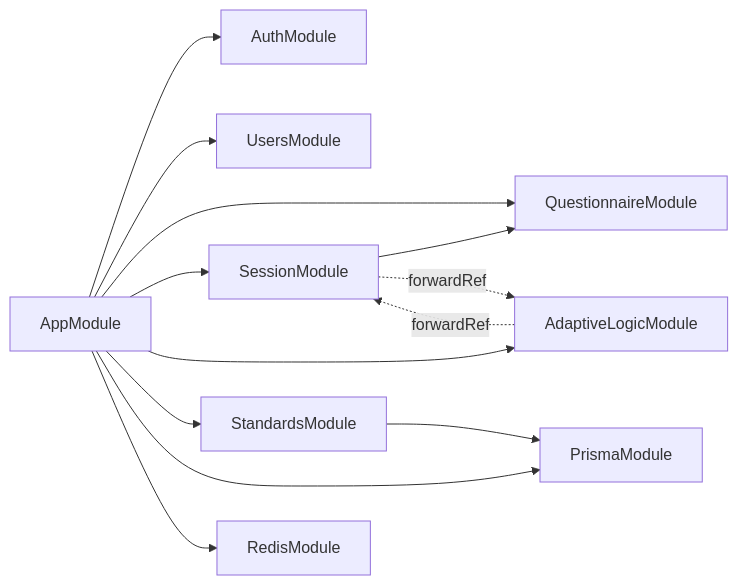
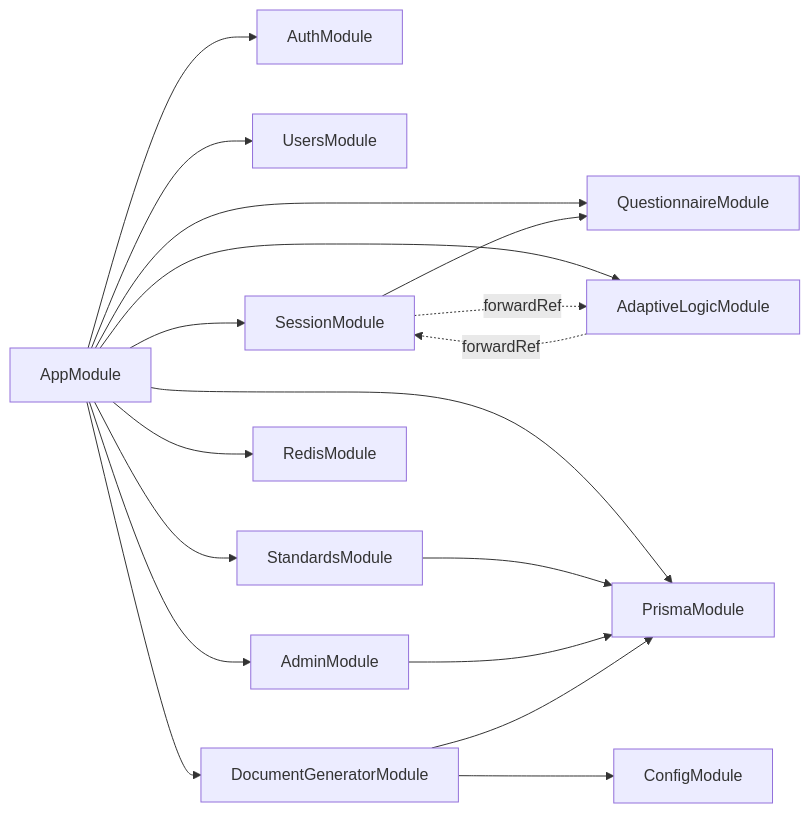
Before and after one commit to Avi-Bendetsky/Quiz-to-build: diagram 11 of 11 in .qoder/repowiki/en/content/Core Modules/Core Modules.md, drawn with Mermaid. The commit also changed other lines of this file and 41 other files, not shown here.

````diff
--- a/.qoder/repowiki/en/content/Core Modules/Core Modules.md
+++ b/.qoder/repowiki/en/content/Core Modules/Core Modules.md
@@ -385,15 +533,20 @@
 ```mermaid
 graph LR
 AppModule --> AuthModule
 AppModule --> UsersModule
 AppModule --> QuestionnaireModule
 AppModule --> SessionModule
 AppModule --> AdaptiveLogicModule
 AppModule --> StandardsModule
+AppModule --> AdminModule
+AppModule --> DocumentGeneratorModule
 AppModule --> PrismaModule
 AppModule --> RedisModule
 SessionModule --> QuestionnaireModule
 SessionModule -. forwardRef .-> AdaptiveLogicModule
 AdaptiveLogicModule -. forwardRef .-> SessionModule
 StandardsModule --> PrismaModule
+AdminModule --> PrismaModule
+DocumentGeneratorModule --> PrismaModule
+DocumentGeneratorModule --> ConfigModule
 ```
````
